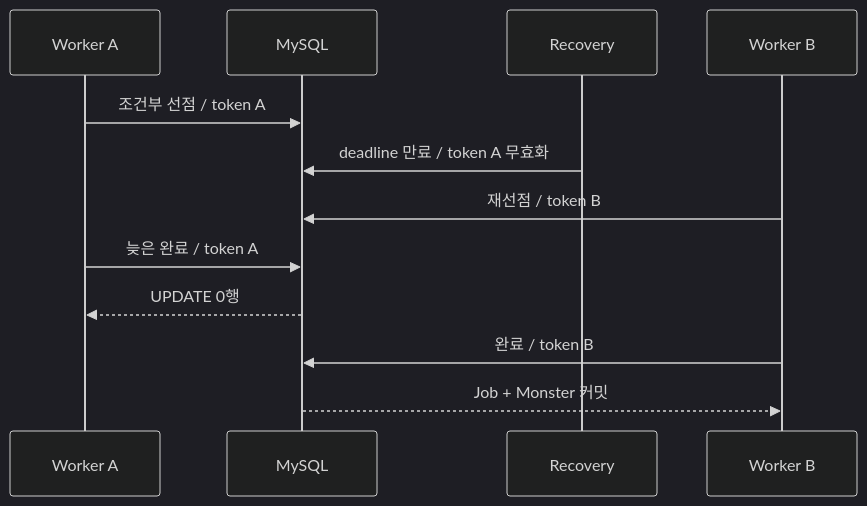
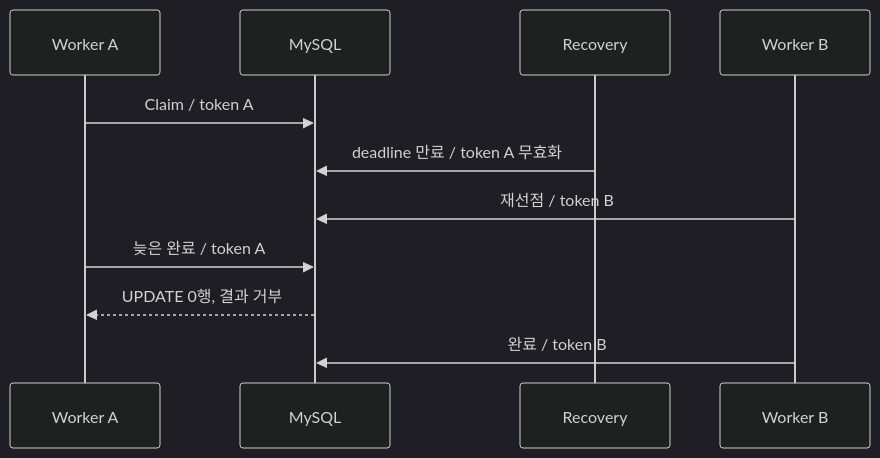
Before and after one commit to kangrae-jo/woowa-archive: the third of 3 diagrams in technical-writing/04-reliability-hardening/README.md, drawn with Mermaid (dark theme). The commit also changed other lines of this file and 4 other files, not shown here.

````diff
--- a/technical-writing/04-reliability-hardening/README.md
+++ b/technical-writing/04-reliability-hardening/README.md
@@ -129,14 +98,13 @@
 ```mermaid
 sequenceDiagram
     participant A as Worker A
     participant DB as MySQL
     participant R as Recovery
     participant B as Worker B
-    A->>DB: 조건부 선점 / token A
+    A->>DB: Claim / token A
     R->>DB: deadline 만료 / token A 무효화
     B->>DB: 재선점 / token B
     A->>DB: 늦은 완료 / token A
-    DB-->>A: UPDATE 0행
+    DB-->>A: UPDATE 0행, 결과 거부
     B->>DB: 완료 / token B
-    DB-->>B: Job + Monster 커밋
 ```
````
